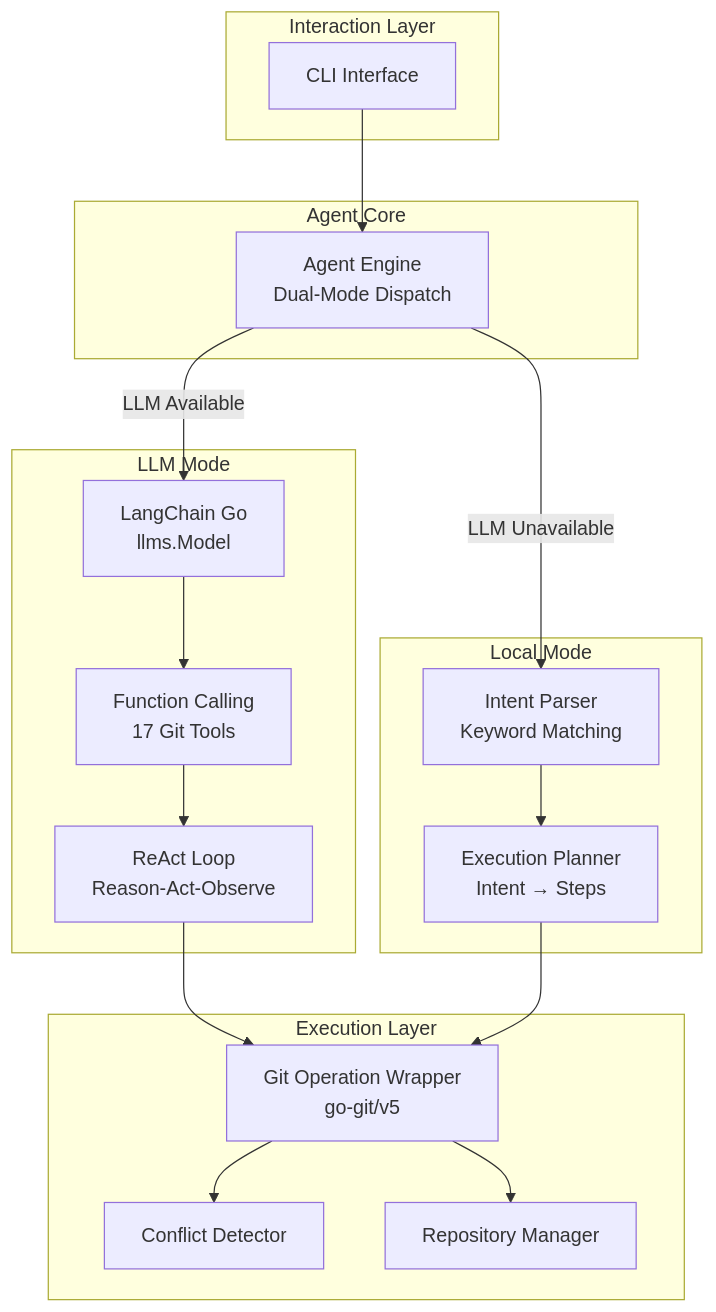
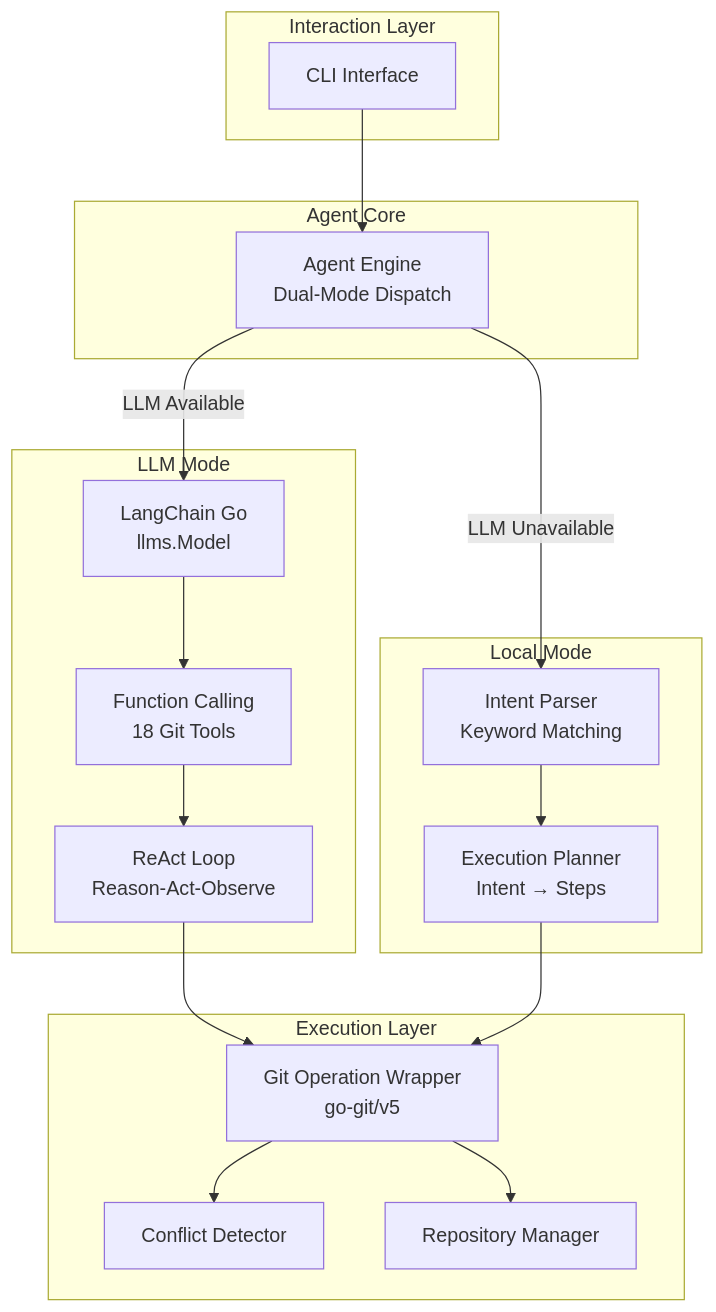
One commit to jackz-jones/git-agent changed the first of 7 diagrams in README.md. Above: the diagram before and after it, drawn with Mermaid. The commit also changed other lines of this file and 4 other files, not shown here.

````diff
--- a/README.md
+++ b/README.md
@@ -29,38 +30,38 @@
 ```mermaid
 graph TB
     subgraph interaction[Interaction Layer]
         CLI[CLI Interface]
     end
 
     subgraph core[Agent Core]
         AgentCore[Agent Engine<br/>Dual-Mode Dispatch]
     end
 
     subgraph llm_mode[LLM Mode]
         LC[LangChain Go<br/>llms.Model]
-        FC[Function Calling<br/>17 Git Tools]
+        FC[Function Calling<br/>18 Git Tools]
         ReAct[ReAct Loop<br/>Reason-Act-Observe]
     end
 
     subgraph local_mode[Local Mode]
         Interpreter[Intent Parser<br/>Keyword Matching]
         Planner[Execution Planner<br/>Intent → Steps]
     end
 
     subgraph execution[Execution Layer]
         GitWrapper[Git Operation Wrapper<br/>go-git/v5]
         ConflictDetector[Conflict Detector]
         RepoManager[Repository Manager]
     end
 
     CLI --> AgentCore
     AgentCore -->|LLM Available| LC
     LC --> FC
     FC --> ReAct
     AgentCore -->|LLM Unavailable| Interpreter
     Interpreter --> Planner
     ReAct --> GitWrapper
     Planner --> GitWrapper
     GitWrapper --> ConflictDetector
     GitWrapper --> RepoManager
 ```
````
